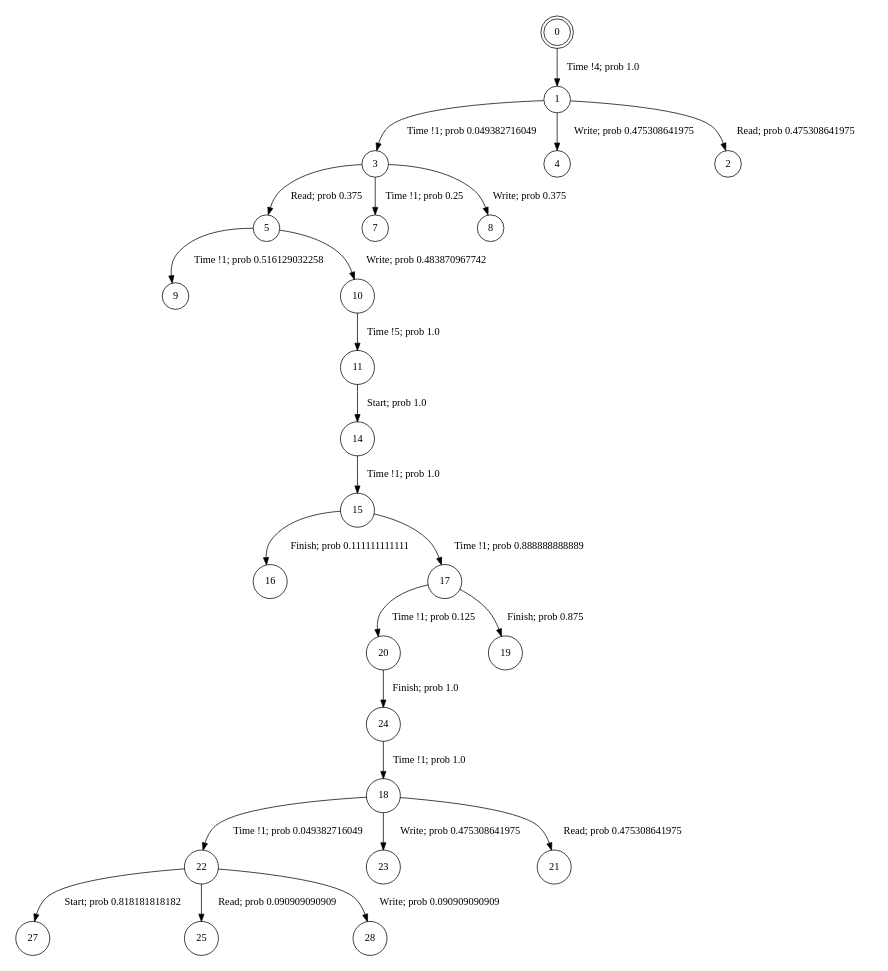
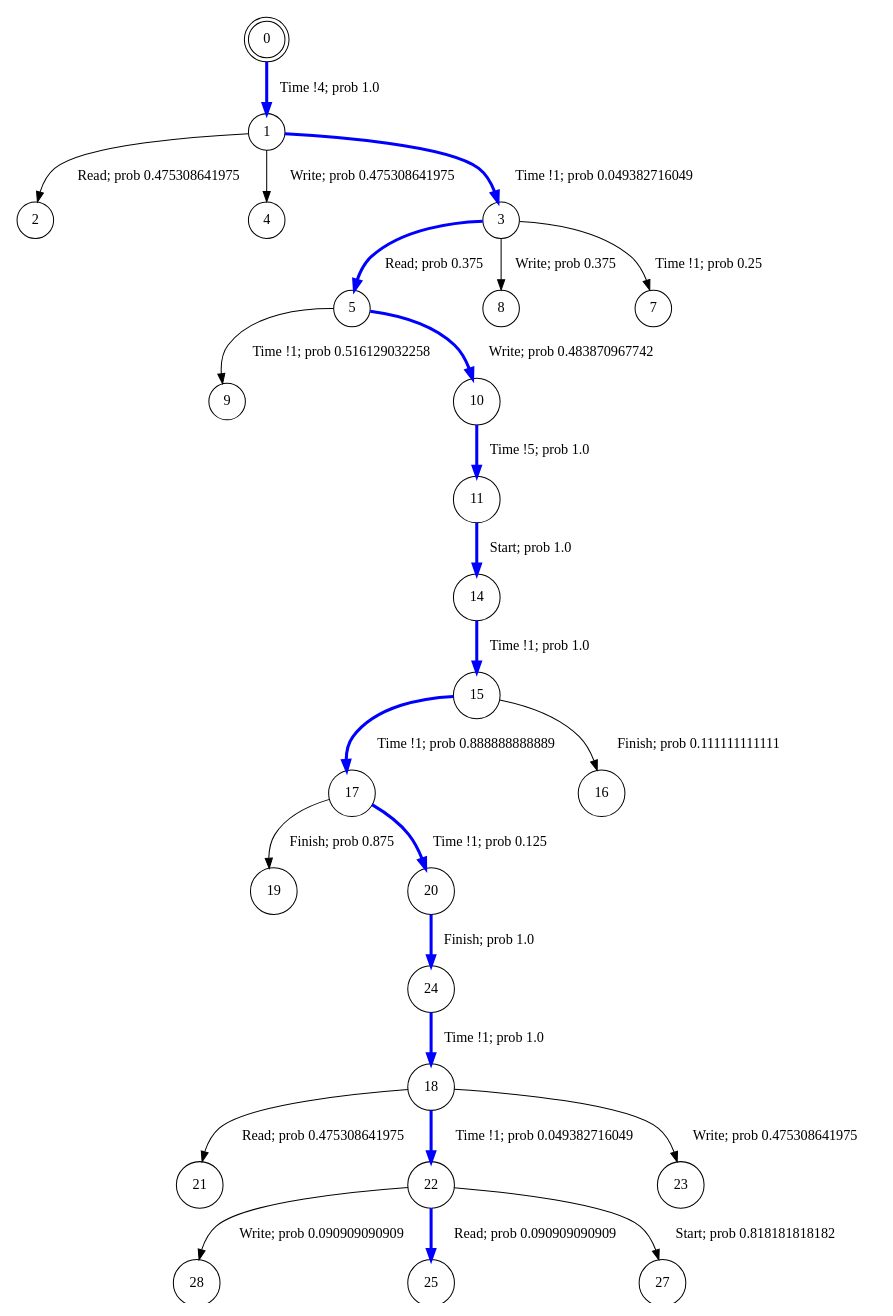
The diagram in state-space-analysis/experiments/results/tpts-golden-4.dot (irmanfaqrizal/ptsv), drawn with Graphviz before and after one commit. The commit also changed 25 other files, not shown here.

```diff
--- a/state-space-analysis/experiments/results/tpts-golden-4.dot
+++ b/state-space-analysis/experiments/results/tpts-golden-4.dot
@@ -1,30 +1,30 @@
 digraph BCG {
 size = "7, 10.5";
 center = TRUE;
 node [shape = circle];
 0 [peripheries = 2];
-0 -> 1  [label = "Time !4; prob 1.0"];
-1 -> 3  [label = "Time !1; prob 0.049382716049"];
+0 -> 1  [label = "Time !4; prob 1.0", color = "blue", penwidth=3];
+1 -> 2  [label = "Read; prob 0.475308641975"];
 1 -> 4  [label = "Write; prob 0.475308641975"];
-1 -> 2  [label = "Read; prob 0.475308641975"];
-3 -> 5  [label = "Read; prob 0.375"];
+1 -> 3  [label = "Time !1; prob 0.049382716049", color = "blue", penwidth=3];
+3 -> 5  [label = "Read; prob 0.375", color = "blue", penwidth=3];
+3 -> 8  [label = "Write; prob 0.375"];
 3 -> 7  [label = "Time !1; prob 0.25"];
-3 -> 8  [label = "Write; prob 0.375"];
 5 -> 9  [label = "Time !1; prob 0.516129032258"];
-5 -> 10  [label = "Write; prob 0.483870967742"];
-10 -> 11  [label = "Time !5; prob 1.0"];
-11 -> 14  [label = "Start; prob 1.0"];
-14 -> 15  [label = "Time !1; prob 1.0"];
+5 -> 10  [label = "Write; prob 0.483870967742", color = "blue", penwidth=3];
+10 -> 11  [label = "Time !5; prob 1.0", color = "blue", penwidth=3];
+11 -> 14  [label = "Start; prob 1.0", color = "blue", penwidth=3];
+14 -> 15  [label = "Time !1; prob 1.0", color = "blue", penwidth=3];
+15 -> 17  [label = "Time !1; prob 0.888888888889", color = "blue", penwidth=3];
 15 -> 16  [label = "Finish; prob 0.111111111111"];
-15 -> 17  [label = "Time !1; prob 0.888888888889"];
-17 -> 20  [label = "Time !1; prob 0.125"];
 17 -> 19  [label = "Finish; prob 0.875"];
-18 -> 22  [label = "Time !1; prob 0.049382716049"];
+17 -> 20  [label = "Time !1; prob 0.125", color = "blue", penwidth=3];
+18 -> 21  [label = "Read; prob 0.475308641975"];
+18 -> 22  [label = "Time !1; prob 0.049382716049", color = "blue", penwidth=3];
 18 -> 23  [label = "Write; prob 0.475308641975"];
-18 -> 21  [label = "Read; prob 0.475308641975"];
-20 -> 24  [label = "Finish; prob 1.0"];
+20 -> 24  [label = "Finish; prob 1.0", color = "blue", penwidth=3];
+22 -> 28  [label = "Write; prob 0.090909090909"];
+22 -> 25  [label = "Read; prob 0.090909090909", color = "blue", penwidth=3];
 22 -> 27  [label = "Start; prob 0.818181818182"];
-22 -> 25  [label = "Read; prob 0.090909090909"];
-22 -> 28  [label = "Write; prob 0.090909090909"];
-24 -> 18  [label = "Time !1; prob 1.0"];
+24 -> 18  [label = "Time !1; prob 1.0", color = "blue", penwidth=3];
 }
```
